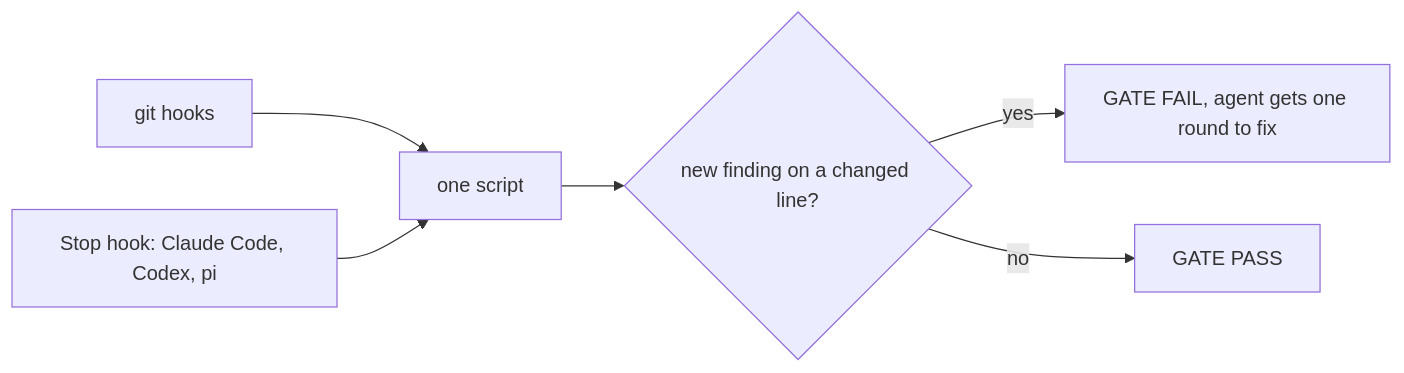
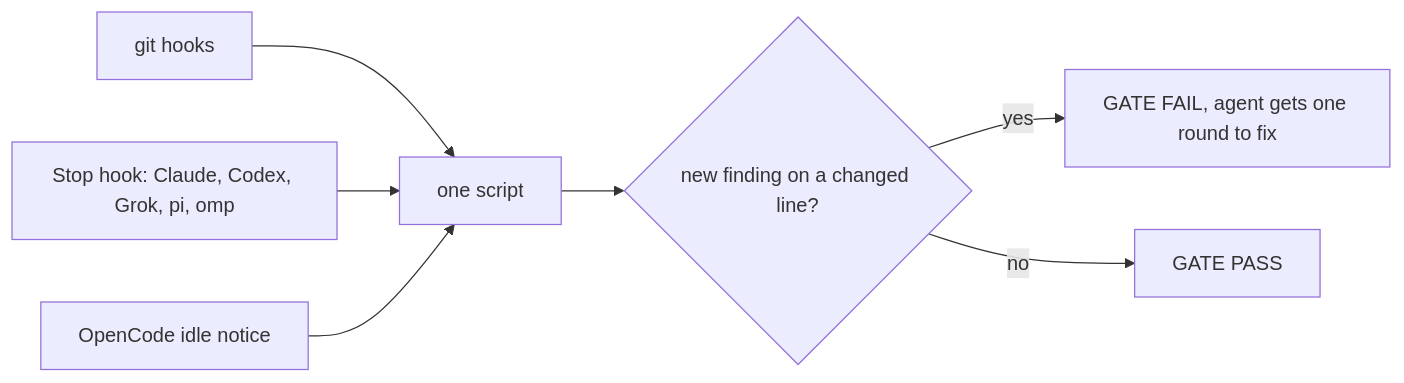
One commit to smixs/code-quality changed the diagram in README.md. Above: the diagram before and after it, drawn with Mermaid. The commit also changed other lines of this file and 49 other files, not shown here.

````diff
--- a/README.md
+++ b/README.md
@@ -58,8 +58,9 @@
 ```mermaid
 flowchart LR
     A[git hooks] --> Q
-    B[Stop hook: Claude Code, Codex, pi] --> Q
+    B[Stop hook: Claude, Codex, Grok, pi, omp] --> Q
+    C[OpenCode idle notice] --> Q
     Q[one script] --> D{new finding on a changed line?}
     D -->|yes| F[GATE FAIL, agent gets one round to fix]
     D -->|no| P[GATE PASS]
 ```
````
